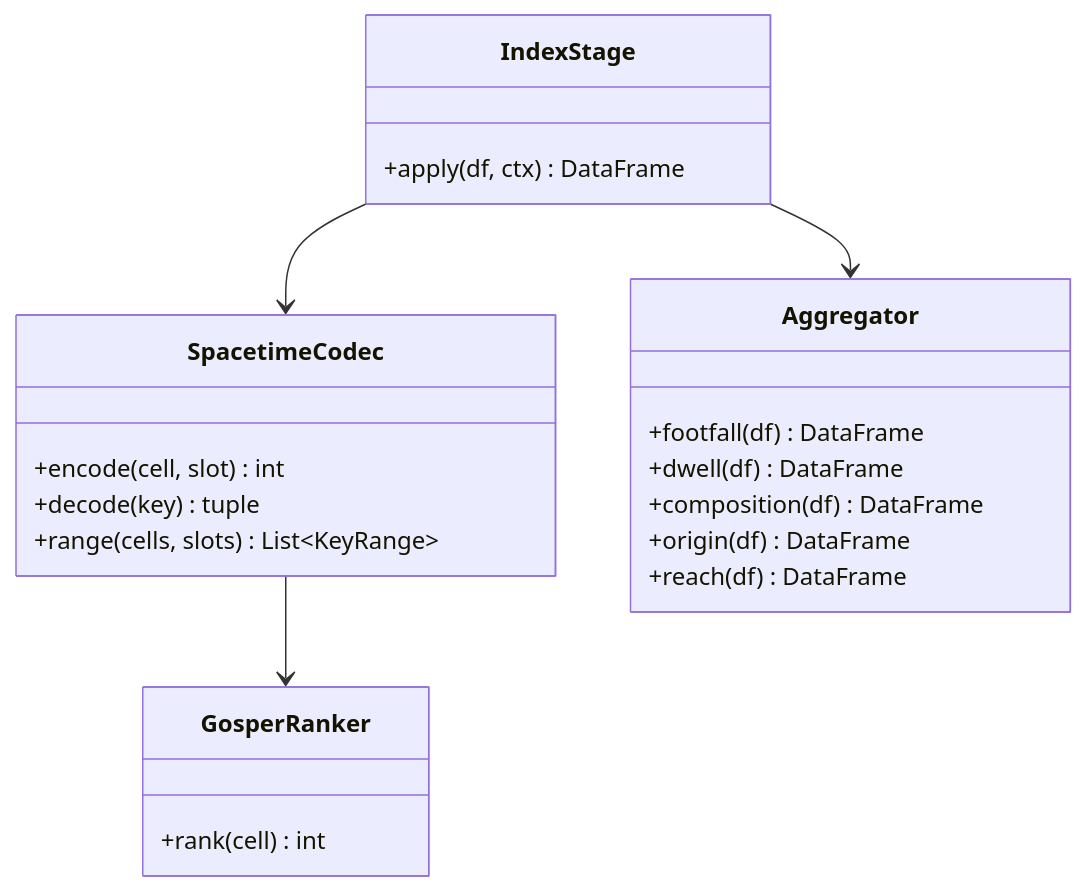
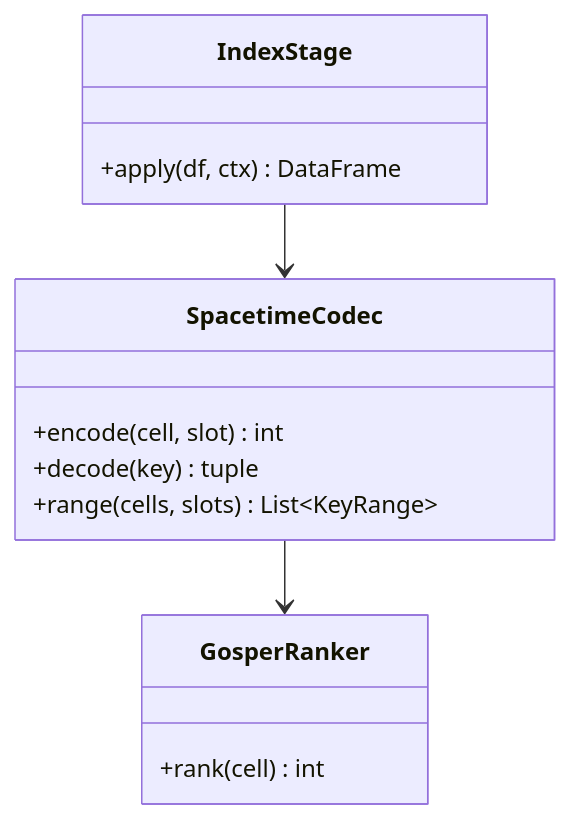
Before and after one commit to N0TSU5/4space-sysdiagram: the second of 2 diagrams in content/snow/orion/stage-p3-indexing.md, drawn with Mermaid. The commit also changed other lines of this file and 9 other files, not shown here.

````diff
--- a/content/snow/orion/stage-p3-indexing.md
+++ b/content/snow/orion/stage-p3-indexing.md
@@ -36,24 +36,16 @@
 ```mermaid
 classDiagram
   class IndexStage {
     +apply(df, ctx) DataFrame
   }
   class SpacetimeCodec {
     +encode(cell, slot) int
     +decode(key) tuple
     +range(cells, slots) List~KeyRange~
   }
   class GosperRanker {
     +rank(cell) int
   }
-  class Aggregator {
-    +footfall(df) DataFrame
-    +dwell(df) DataFrame
-    +composition(df) DataFrame
-    +origin(df) DataFrame
-    +reach(df) DataFrame
-  }
   IndexStage --> SpacetimeCodec
   SpacetimeCodec --> GosperRanker
-  IndexStage --> Aggregator
 ```
````
